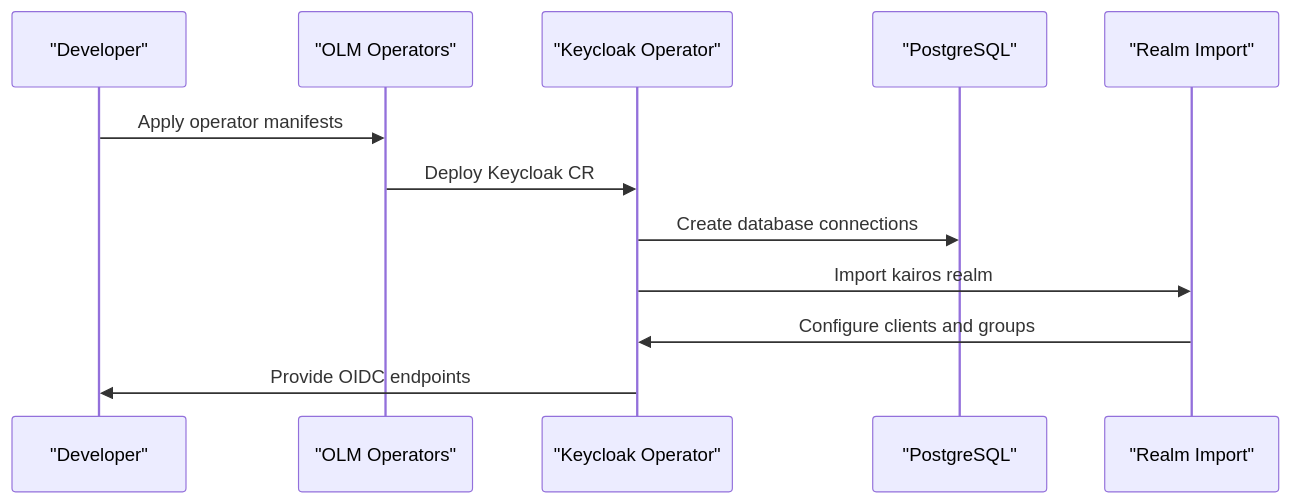
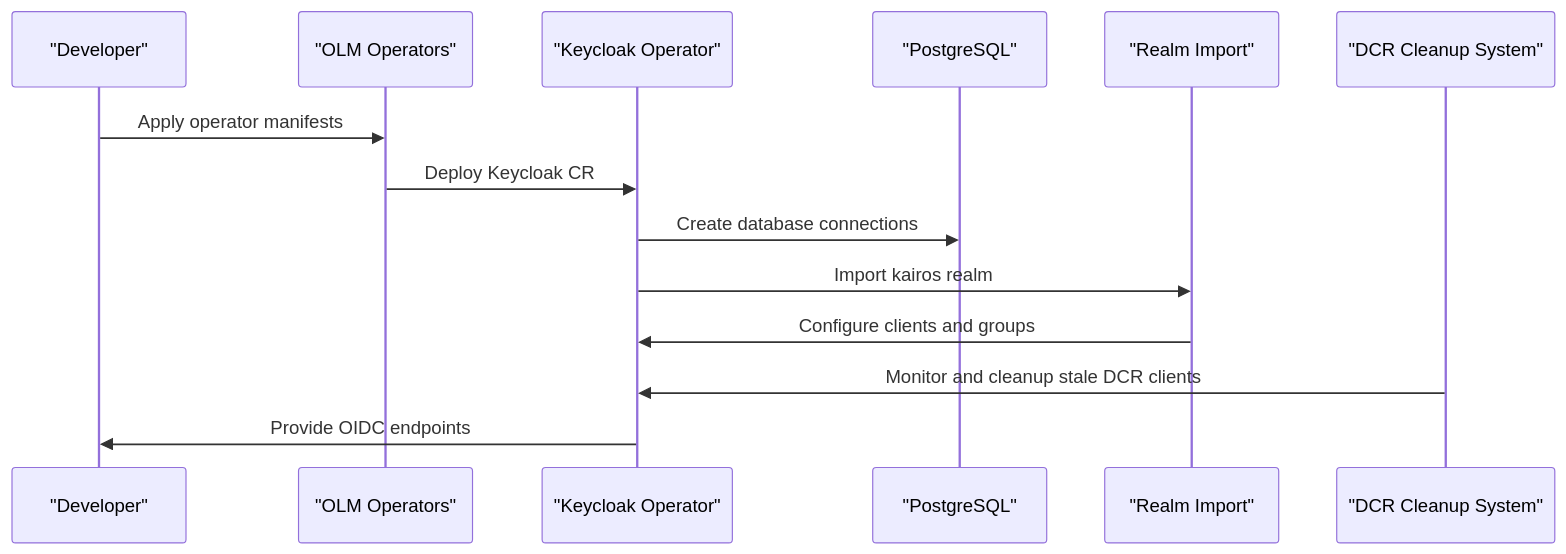
The fourth of 10 diagrams in .qoder/repowiki/en/content/Architecture & Design/Deployment & Infrastructure.md (debian777/kairos-mcp), drawn with Mermaid before and after one commit. The commit also changed other lines of this file and 16 other files, not shown here.

````diff
--- a/.qoder/repowiki/en/content/Architecture & Design/Deployment & Infrastructure.md
+++ b/.qoder/repowiki/en/content/Architecture & Design/Deployment & Infrastructure.md
@@ -261,14 +285,16 @@
 ```mermaid
 sequenceDiagram
 participant Dev as "Developer"
 participant OLM as "OLM Operators"
 participant KC as "Keycloak Operator"
 participant PG as "PostgreSQL"
 participant Realm as "Realm Import"
+participant Cleanup as "DCR Cleanup System"
 Dev->>OLM : Apply operator manifests
 OLM->>KC : Deploy Keycloak CR
 KC->>PG : Create database connections
 KC->>Realm : Import kairos realm
 Realm->>KC : Configure clients and groups
+Cleanup->>KC : Monitor and cleanup stale DCR clients
 KC->>Dev : Provide OIDC endpoints
 ```
````
